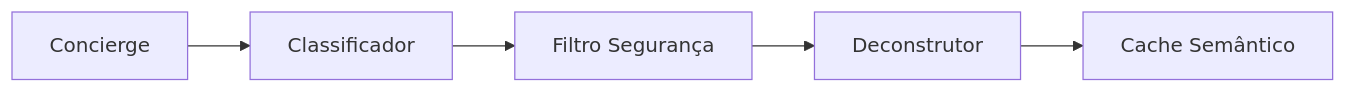
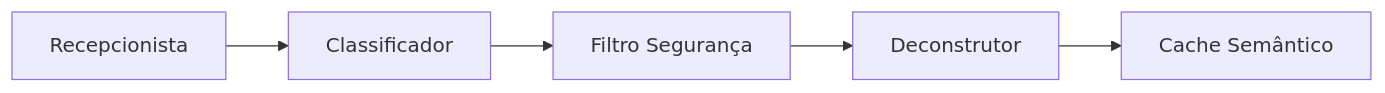
The fourth of 12 diagrams in docs/arquitetura_sistema.md (renatobarrosai/investiga.ai-backend), drawn with Mermaid before and after one commit. The commit also changed other lines of this file and 4 other files, not shown here.

Commit message:
refactor: substitui Concierge por Recepcionista

````diff
--- a/docs/arquitetura_sistema.md
+++ b/docs/arquitetura_sistema.md
@@ -248,7 +248,7 @@
 ```mermaid
 graph LR
-    A[Concierge] --> B[Classificador]
+    A[Recepcionista] --> B[Classificador]
     B --> C[Filtro Segurança]
     C --> D[Deconstrutor]
     D --> E[Cache Semântico]
 ```
````
